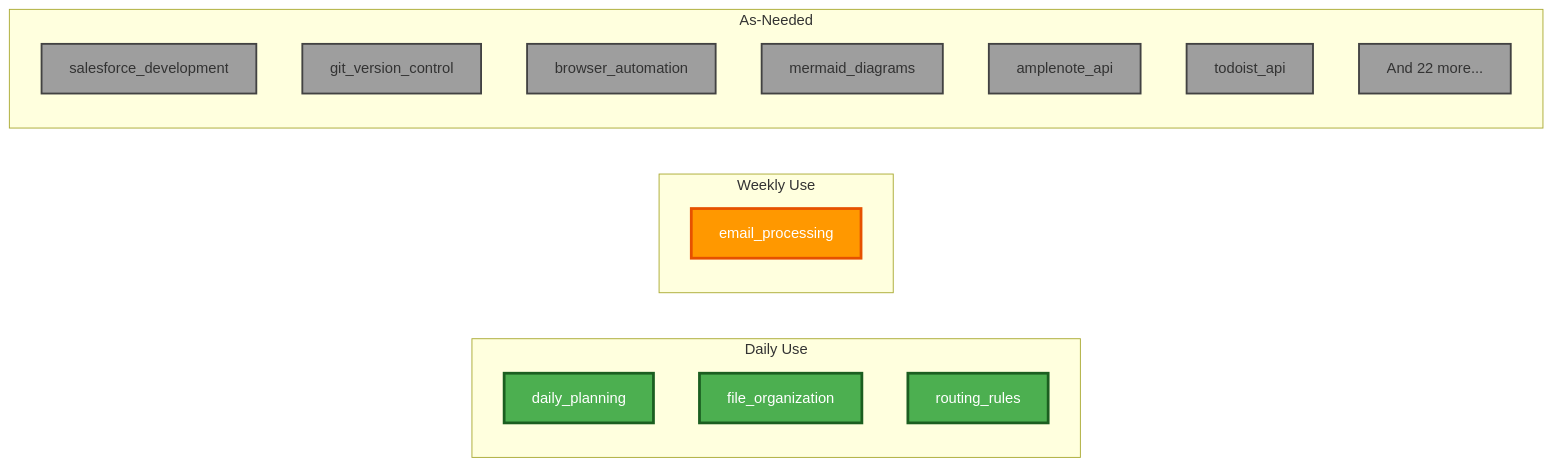
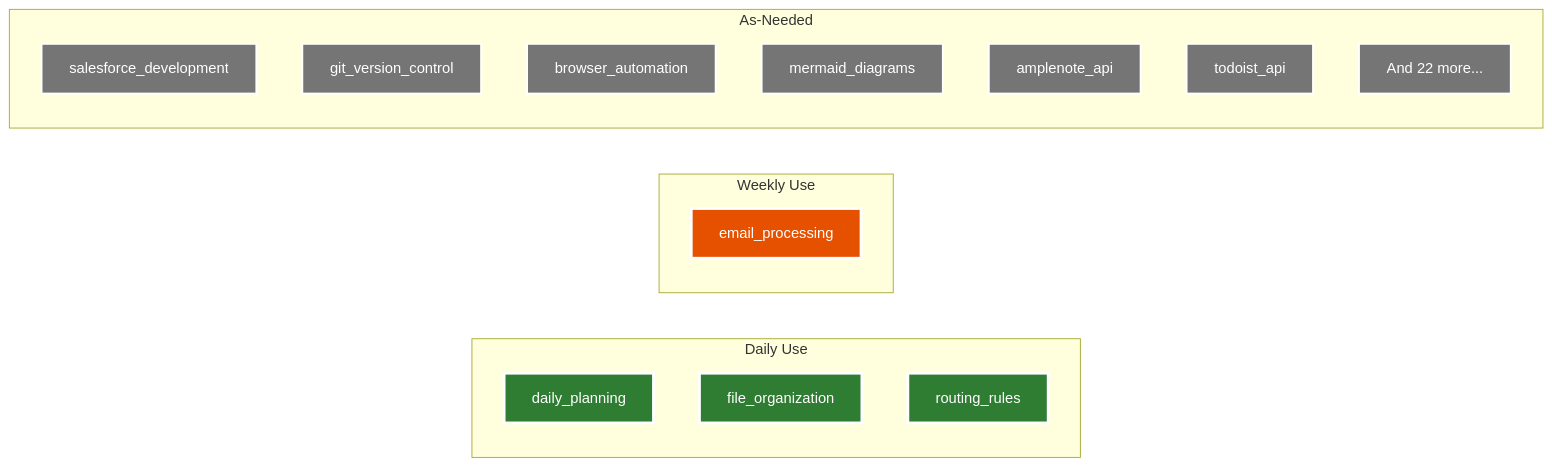
The seventh of 7 diagrams in SKILLS_DIAGRAM.md (adourish/skills), drawn with Mermaid before and after one commit. The commit also changed other lines of this file and 124 other files, not shown here.

First line of the commit message:
Add 4 new skills with comprehensive mermaid diagrams and update diagrams

````diff
--- a/SKILLS_DIAGRAM.md
+++ b/SKILLS_DIAGRAM.md
@@ -357,36 +357,36 @@
 ```mermaid
 flowchart LR
     subgraph "Daily Use"
         D1[daily_planning]
         D2[file_organization]
         D3[routing_rules]
     end
     
     subgraph "Weekly Use"
         W1[email_processing]
     end
     
     subgraph "As-Needed"
         AN1[salesforce_development]
         AN2[git_version_control]
         AN3[browser_automation]
         AN4[mermaid_diagrams]
         AN5[amplenote_api]
         AN6[todoist_api]
         AN7[And 22 more...]
     end
     
-    style D1 fill:#4caf50,stroke:#1b5e20,stroke-width:3px,color:#fff
-    style D2 fill:#4caf50,stroke:#1b5e20,stroke-width:3px,color:#fff
-    style D3 fill:#4caf50,stroke:#1b5e20,stroke-width:3px,color:#fff
+    style D1 fill:#2e7d32,stroke:#ffffff,stroke-width:3px,color:#fff
+    style D2 fill:#2e7d32,stroke:#ffffff,stroke-width:3px,color:#fff
+    style D3 fill:#2e7d32,stroke:#ffffff,stroke-width:3px,color:#fff
     
-    style W1 fill:#ff9800,stroke:#e65100,stroke-width:3px,color:#fff
+    style W1 fill:#e65100,stroke:#ffffff,stroke-width:3px,color:#fff
     
-    style AN1 fill:#9e9e9e,stroke:#424242,stroke-width:2px
-    style AN2 fill:#9e9e9e,stroke:#424242,stroke-width:2px
-    style AN3 fill:#9e9e9e,stroke:#424242,stroke-width:2px
-    style AN4 fill:#9e9e9e,stroke:#424242,stroke-width:2px
-    style AN5 fill:#9e9e9e,stroke:#424242,stroke-width:2px
-    style AN6 fill:#9e9e9e,stroke:#424242,stroke-width:2px
-    style AN7 fill:#9e9e9e,stroke:#424242,stroke-width:2px
+    style AN1 fill:#757575,stroke:#ffffff,stroke-width:2px,color:#fff
+    style AN2 fill:#757575,stroke:#ffffff,stroke-width:2px,color:#fff
+    style AN3 fill:#757575,stroke:#ffffff,stroke-width:2px,color:#fff
+    style AN4 fill:#757575,stroke:#ffffff,stroke-width:2px,color:#fff
+    style AN5 fill:#757575,stroke:#ffffff,stroke-width:2px,color:#fff
+    style AN6 fill:#757575,stroke:#ffffff,stroke-width:2px,color:#fff
+    style AN7 fill:#757575,stroke:#ffffff,stroke-width:2px,color:#fff
 ```
````
